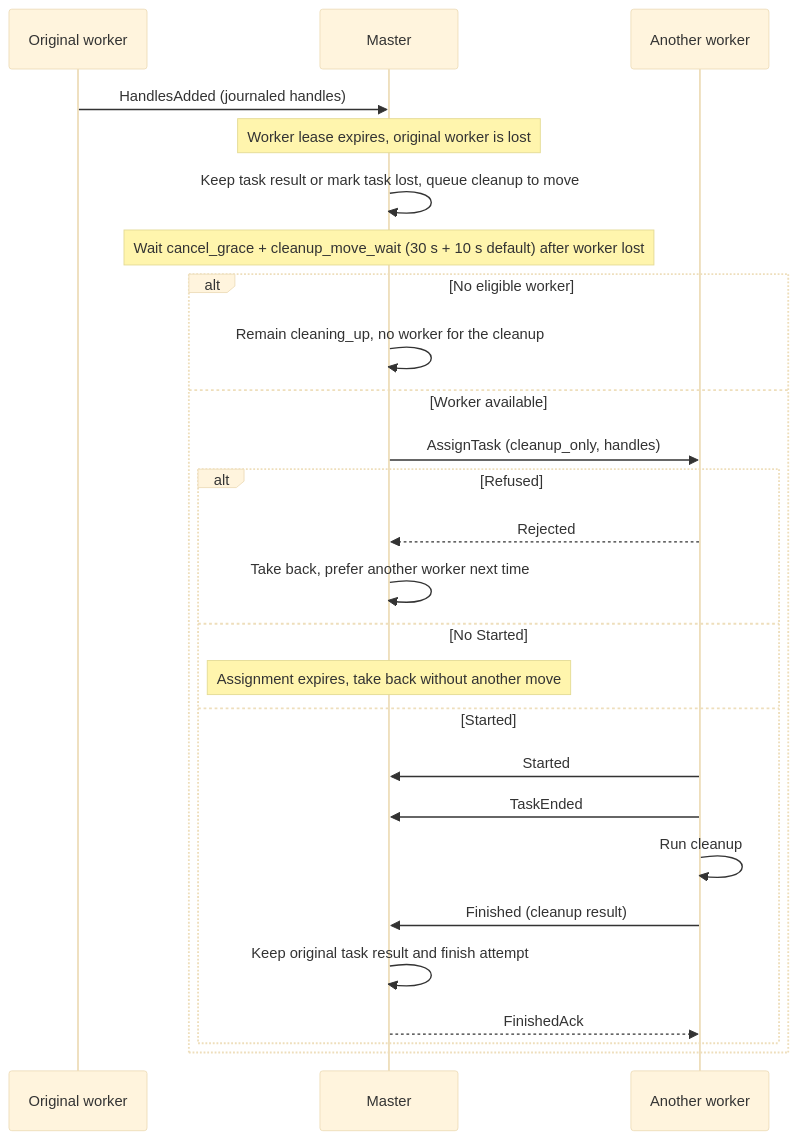
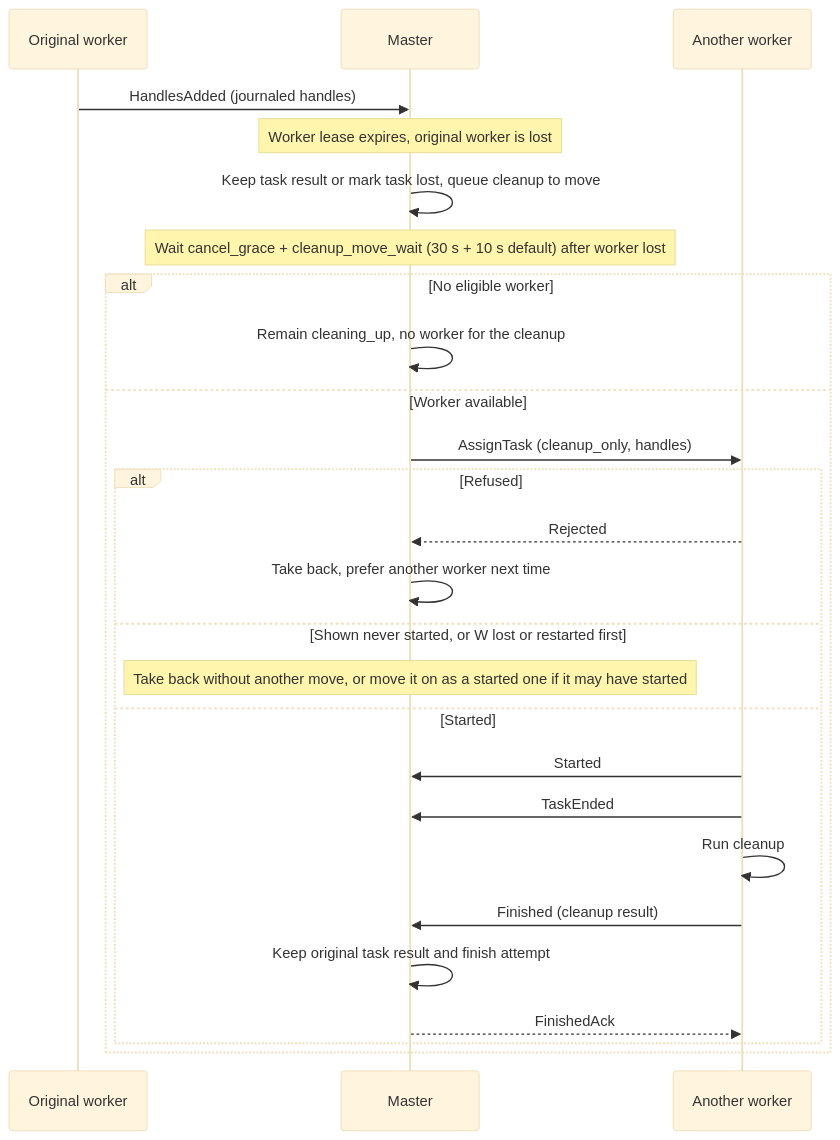
Before and after one commit to ptutak/schedr: diagram 12 of 18 in docs/03-guide/15-protocol.md, drawn with Mermaid (base theme). The commit also changed other lines of this file and 165 other files, not shown here.

````diff
--- a/docs/03-guide/15-protocol.md
+++ b/docs/03-guide/15-protocol.md
@@ -281,28 +291,28 @@
 ```{mermaid}
 sequenceDiagram
     participant O as Original worker
     participant M as Master
     participant W as Another worker
     O->>M: HandlesAdded (journaled handles)
     Note over M: Worker lease expires, original worker is lost
     M->>M: Keep task result or mark task lost, queue cleanup to move
     Note over M: Wait cancel_grace + cleanup_move_wait (30 s + 10 s default) after worker lost
     alt No eligible worker
         M->>M: Remain cleaning_up, no worker for the cleanup
     else Worker available
         M->>W: AssignTask (cleanup_only, handles)
         alt Refused
             W-->>M: Rejected
             M->>M: Take back, prefer another worker next time
-        else No Started
-            Note over M: Assignment expires, take back without another move
+        else Shown never started, or W lost or restarted first
+            Note over M: Take back without another move, or move it on as a started one if it may have started
         else Started
             W->>M: Started
             W->>M: TaskEnded
             W->>W: Run cleanup
             W->>M: Finished (cleanup result)
             M->>M: Keep original task result and finish attempt
             M-->>W: FinishedAck
         end
     end
 ```
````
